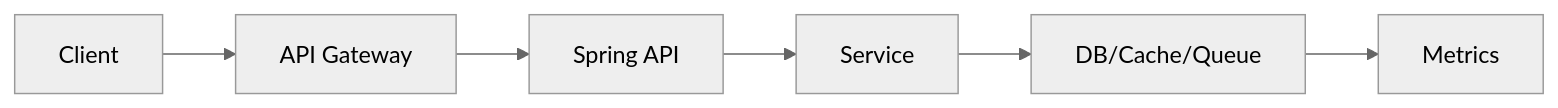
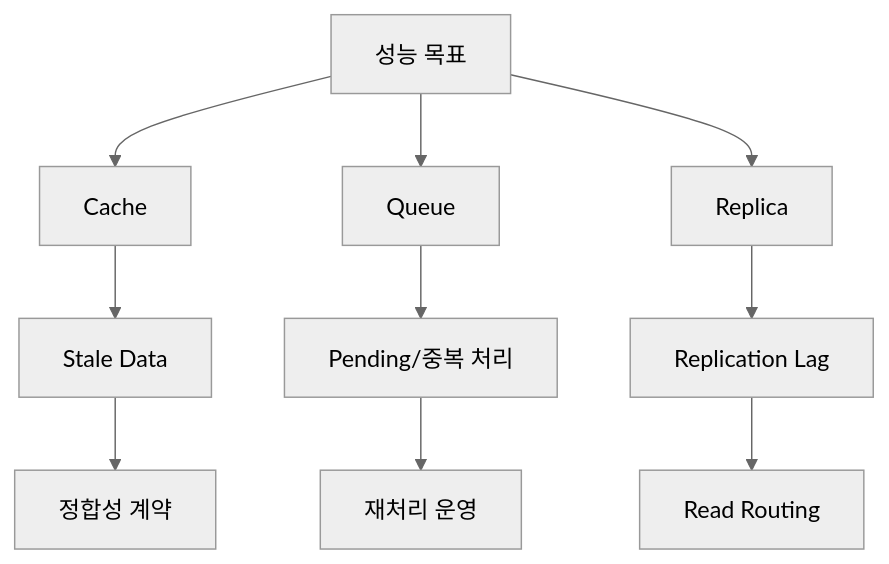
Before and after one commit to thisis-joe/thisis-joe.github.io: the diagram in content/System Design/01. System Design 전체 지도/03. 성능 확장성 신뢰성 트레이드오프 상세.md, drawn with Mermaid (neutral theme). The commit also changed other lines of this file and 595 other files, not shown here.

````diff
--- a/content/System Design/01. System Design 전체 지도/03. 성능 확장성 신뢰성 트레이드오프 상세.md
+++ b/content/System Design/01. System Design 전체 지도/03. 성능 확장성 신뢰성 트레이드오프 상세.md
@@ -42,8 +120,12 @@
 ```mermaid
-flowchart LR
-    A["Client"] --> B["API Gateway"]
-    B["API Gateway"] --> C["Spring API"]
-    C["Spring API"] --> D["Service"]
-    D["Service"] --> E["DB/Cache/Queue"]
-    E["DB/Cache/Queue"] --> F["Metrics"]
+flowchart TB
+    A["성능 목표"] --> B["Cache"]
+    A --> C["Queue"]
+    A --> D["Replica"]
+    B --> E["Stale Data"]
+    C --> F["Pending/중복 처리"]
+    D --> G["Replication Lag"]
+    E --> H["정합성 계약"]
+    F --> I["재처리 운영"]
+    G --> J["Read Routing"]
 ```
````
